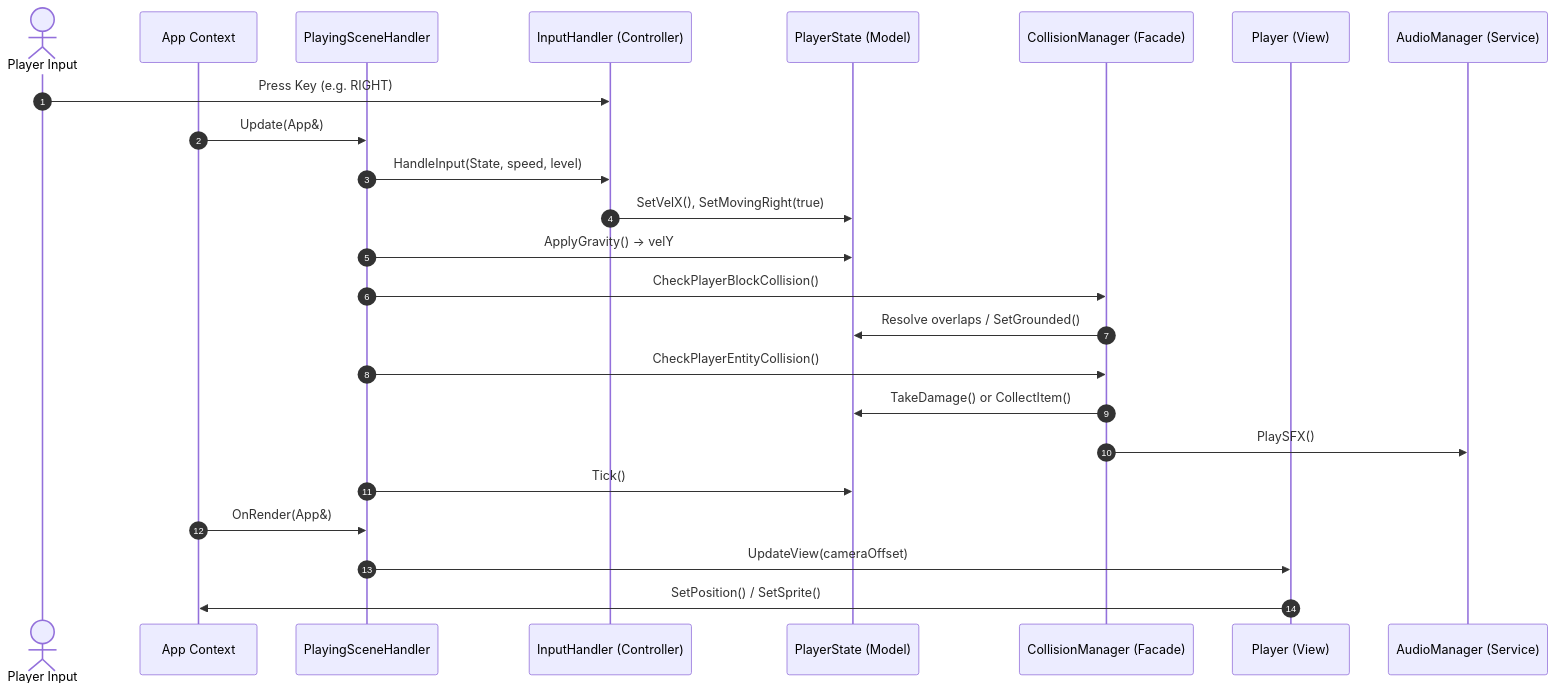
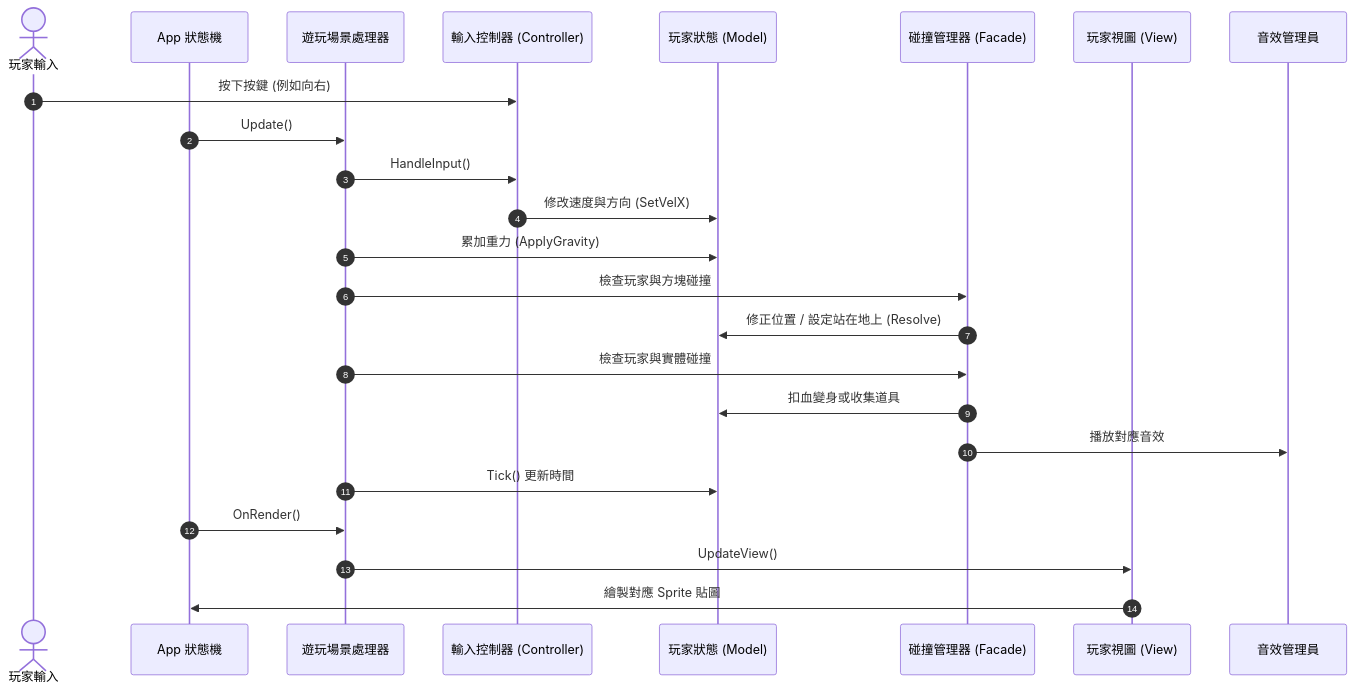
The fifth of 5 diagrams in 2026OOPL_Final.md (Andy87877/NTUT_OOPL_mario), drawn with Mermaid before and after one commit. The commit also changed other lines of this file and 61 other files, not shown here.

First line of the commit message:
refactor: Add EntityAnimator, PlayerAnimator, and Command Pattern Implementations

````diff
--- a/2026OOPL_Final.md
+++ b/2026OOPL_Final.md
@@ -486,27 +264,27 @@
 ```mermaid
 sequenceDiagram
     autonumber
-    actor Player as Player Input
-    participant App as App Context
-    participant Handler as PlayingSceneHandler
-    participant Input as InputHandler (Controller)
-    participant State as PlayerState (Model)
-    participant Col as CollisionManager (Facade)
-    participant View as Player (View)
-    participant Sfx as AudioManager (Service)
+    actor Player as 玩家輸入
+    participant App as App 狀態機
+    participant Handler as 遊玩場景處理器
+    participant Input as 輸入控制器 (Controller)
+    participant State as 玩家狀態 (Model)
+    participant Col as 碰撞管理器 (Facade)
+    participant View as 玩家視圖 (View)
+    participant Sfx as 音效管理員
 
-    Player->>Input: Press Key (e.g. RIGHT)
-    App->>Handler: Update(App&)
-    Handler->>Input: HandleInput(State, speed, level)
-    Input->>State: SetVelX(), SetMovingRight(true)
-    Handler->>State: ApplyGravity() → velY
-    Handler->>Col: CheckPlayerBlockCollision()
-    Col->>State: Resolve overlaps / SetGrounded()
-    Handler->>Col: CheckPlayerEntityCollision()
-    Col->>State: TakeDamage() or CollectItem()
-    Col->>Sfx: PlaySFX()
-    Handler->>State: Tick()
-    App->>Handler: OnRender(App&)
-    Handler->>View: UpdateView(cameraOffset)
-    View->>App: SetPosition() / SetSprite()
+    Player->>Input: 按下按鍵 (例如向右)
+    App->>Handler: Update()
+    Handler->>Input: HandleInput()
+    Input->>State: 修改速度與方向 (SetVelX)
+    Handler->>State: 累加重力 (ApplyGravity)
+    Handler->>Col: 檢查玩家與方塊碰撞
+    Col->>State: 修正位置 / 設定站在地上 (Resolve)
+    Handler->>Col: 檢查玩家與實體碰撞
+    Col->>State: 扣血變身或收集道具
+    Col->>Sfx: 播放對應音效
+    Handler->>State: Tick() 更新時間
+    App->>Handler: OnRender()
+    Handler->>View: UpdateView()
+    View->>App: 繪製對應 Sprite 貼圖
 ```
````
